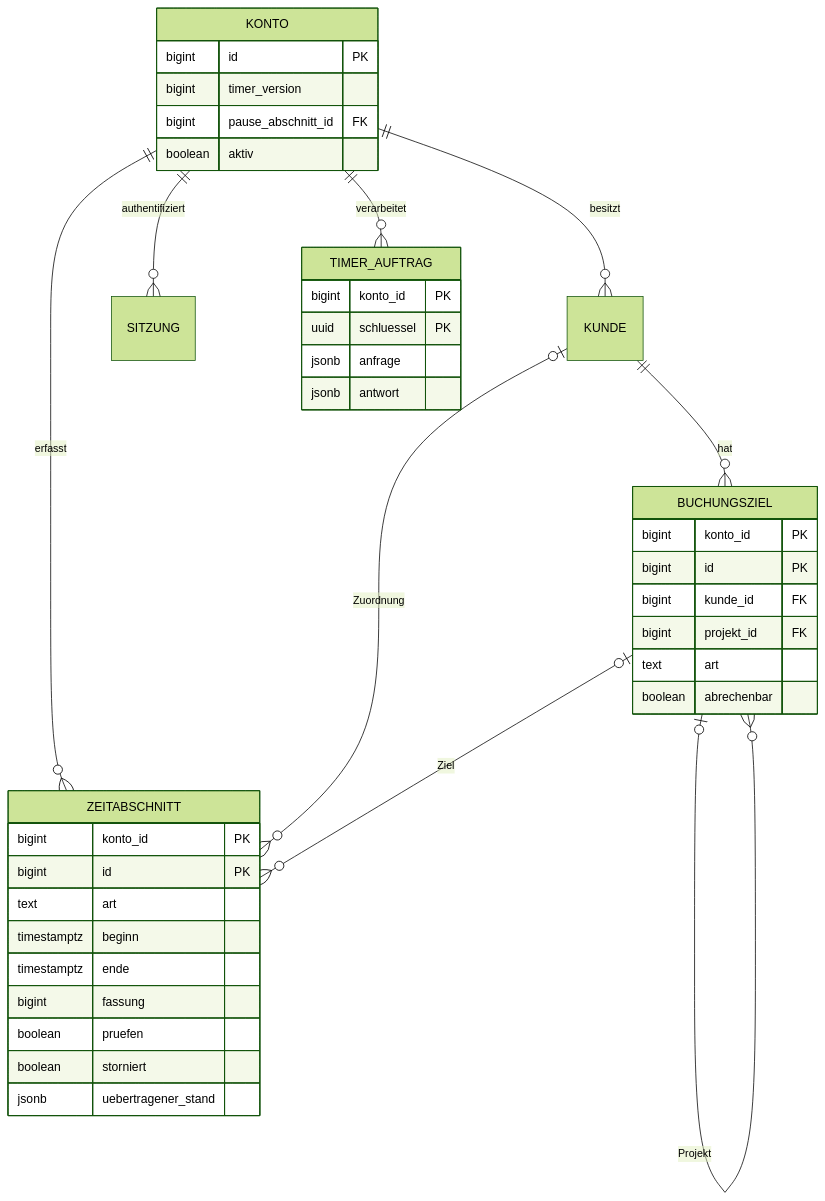
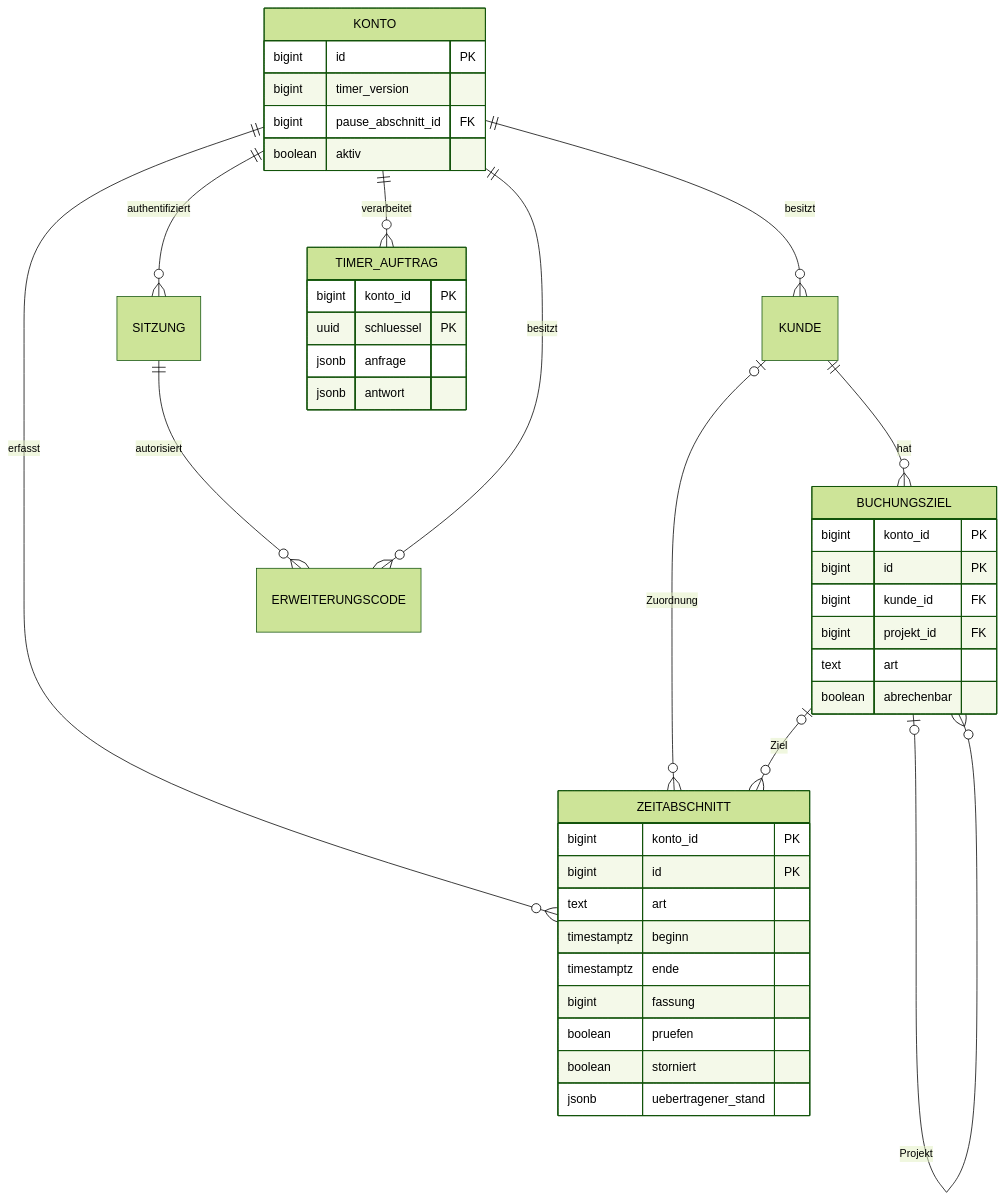
The diagram in DATENMODELL.md (larsborgwardt/timereal), drawn with Mermaid (forest theme) before and after one commit. The commit also changed other lines of this file and 41 other files, not shown here.

````diff
--- a/DATENMODELL.md
+++ b/DATENMODELL.md
@@ -5,42 +5,44 @@
 ```mermaid
 erDiagram
   KONTO ||--o{ KUNDE : besitzt
   KUNDE ||--o{ BUCHUNGSZIEL : hat
   BUCHUNGSZIEL o|--o{ BUCHUNGSZIEL : Projekt
   KONTO ||--o{ ZEITABSCHNITT : erfasst
   KUNDE o|--o{ ZEITABSCHNITT : Zuordnung
   BUCHUNGSZIEL o|--o{ ZEITABSCHNITT : Ziel
   KONTO ||--o{ SITZUNG : authentifiziert
+  SITZUNG ||--o{ ERWEITERUNGSCODE : autorisiert
+  KONTO ||--o{ ERWEITERUNGSCODE : besitzt
   KONTO ||--o{ TIMER_AUFTRAG : verarbeitet
   KONTO {
     bigint id PK
     bigint timer_version
     bigint pause_abschnitt_id FK
     boolean aktiv
   }
   BUCHUNGSZIEL {
     bigint konto_id PK
     bigint id PK
     bigint kunde_id FK
     bigint projekt_id FK
     text art
     boolean abrechenbar
   }
   ZEITABSCHNITT {
     bigint konto_id PK
     bigint id PK
     text art
     timestamptz beginn
     timestamptz ende
     bigint fassung
     boolean pruefen
     boolean storniert
     jsonb uebertragener_stand
   }
   TIMER_AUFTRAG {
     bigint konto_id PK
     uuid schluessel PK
     jsonb anfrage
     jsonb antwort
   }
 ```
````
